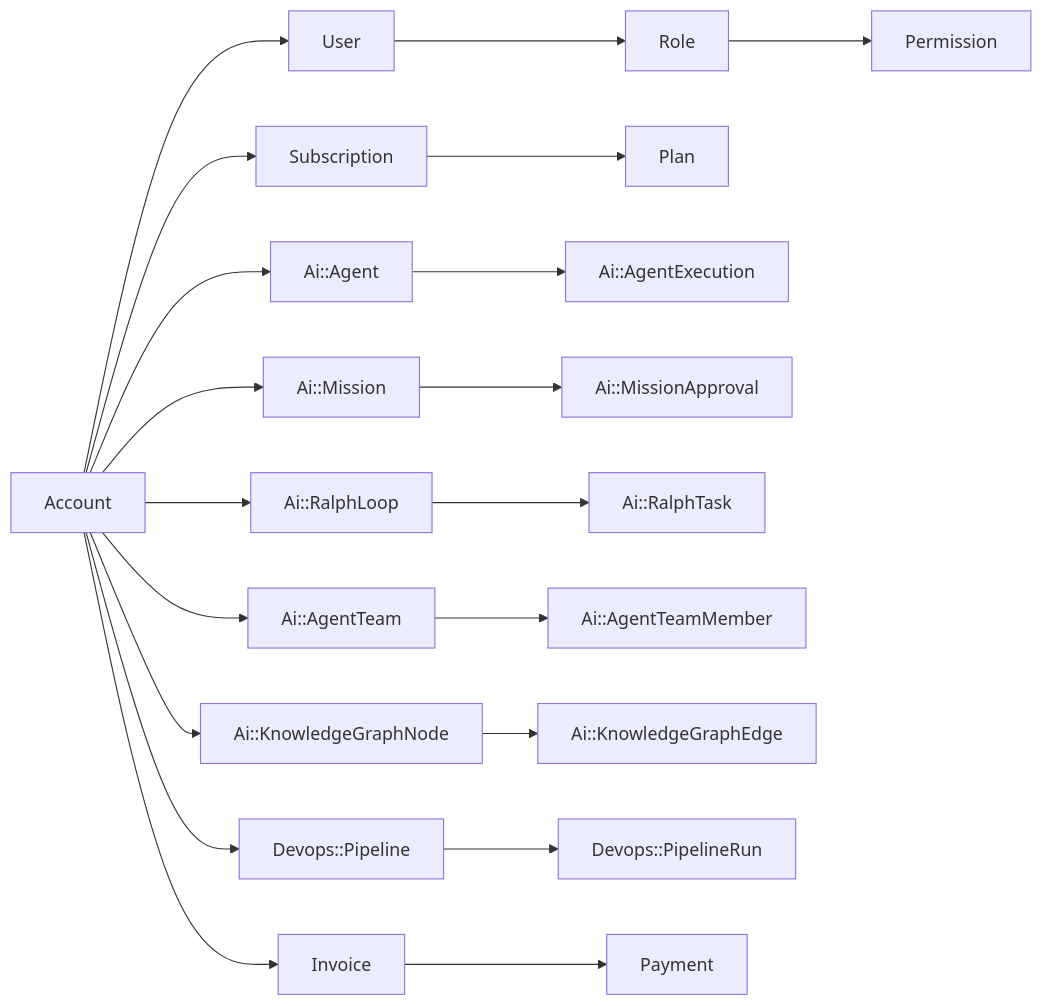
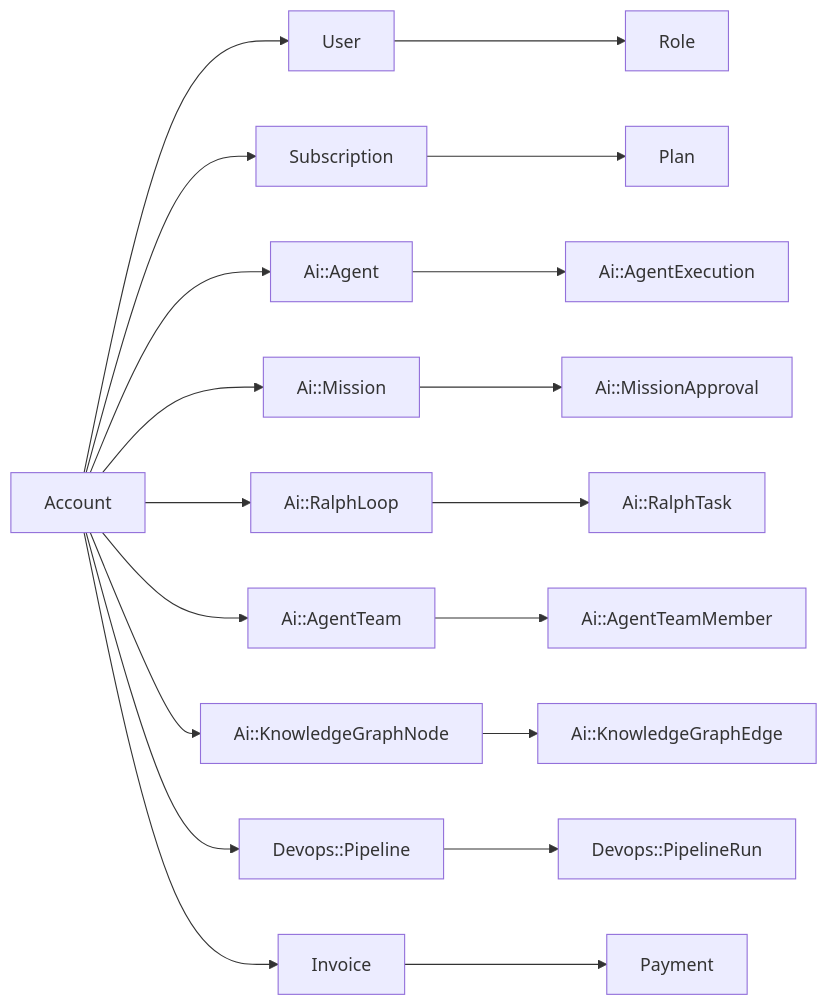
Before and after one commit to nodealchemy/powernode-platform: the diagram in docs/reference/database-schema.md, drawn with Mermaid. The commit also changed other lines of this file and 2 other files, not shown here.

Commit message:
fix(docs): IMP-e71d4d2df687 drop dropped Permission model from schema docs
The 0.4.0 refactor removed the Permission ActiveRecord model and the permissions
table — permissions are now code-defined in the Permissions catalog and roles
carry by-name grants via role_permissions (docs/concepts/permissions.md is
authoritative). database-schema.md and data-model.md still listed Permission as a
current top-level model and wired it into the mermaid diagrams. Remove the model
rows, the top-level node-list entry, and the Permission/Perm mermaid node + edges.
The still-valid RolePermission / role_permissions references are untouched.

Adds a repo-hygiene spec asserting these docs don't present Permission as a
current model/table.

````diff
--- a/docs/reference/database-schema.md
+++ b/docs/reference/database-schema.md
@@ -194,22 +193,21 @@
 ```mermaid
 flowchart LR
   Account --> User
   User --> Role
-  Role --> Permission
   Account --> Subscription
   Subscription --> Plan
   Account --> AiAgent[Ai::Agent]
   AiAgent --> AiAgentExecution[Ai::AgentExecution]
   Account --> AiMission[Ai::Mission]
   AiMission --> AiMissionApproval[Ai::MissionApproval]
   Account --> AiRalphLoop[Ai::RalphLoop]
   AiRalphLoop --> AiRalphTask[Ai::RalphTask]
   Account --> AiAgentTeam[Ai::AgentTeam]
   AiAgentTeam --> AiAgentTeamMember[Ai::AgentTeamMember]
   Account --> AiKnowledgeGraphNode[Ai::KnowledgeGraphNode]
   AiKnowledgeGraphNode --> AiKnowledgeGraphEdge[Ai::KnowledgeGraphEdge]
   Account --> DevopsPipeline[Devops::Pipeline]
   DevopsPipeline --> DevopsPipelineRun[Devops::PipelineRun]
   Account --> Invoice
   Invoice --> Payment
 ```
````
